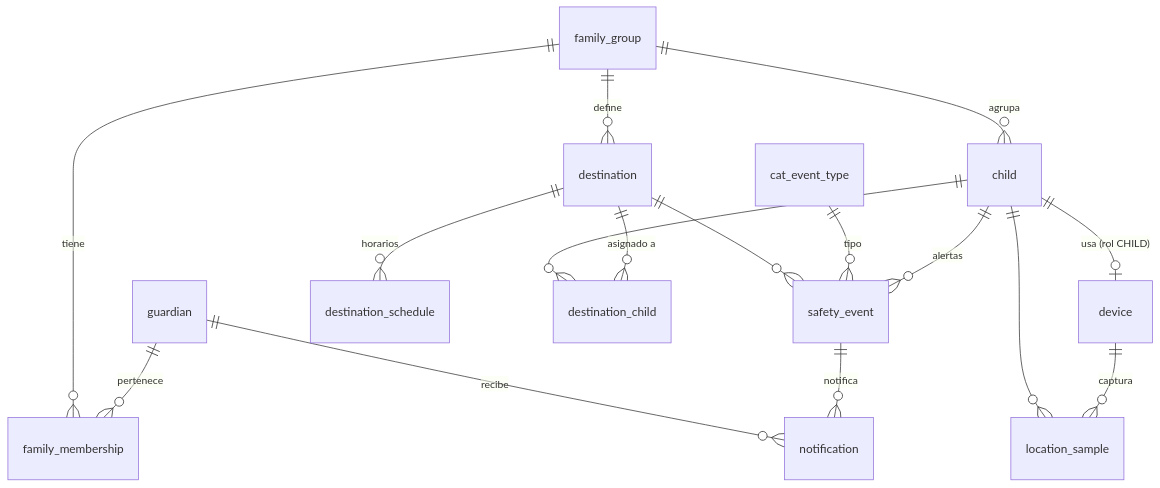
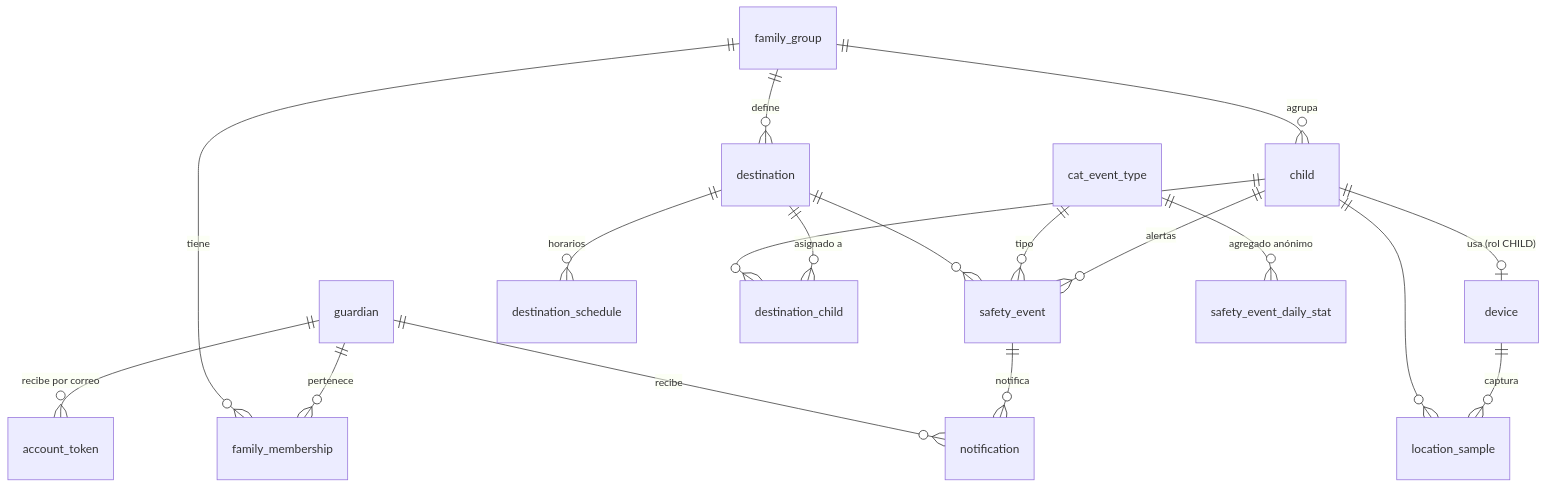
Before and after one commit to darvysoriano/saferoute-app: the fourth of 4 diagrams in docs/sdd/ETS-SafeRoute.md, drawn with Mermaid. The commit also changed other lines of this file and 5 other files, not shown here.

````diff
--- a/docs/sdd/ETS-SafeRoute.md
+++ b/docs/sdd/ETS-SafeRoute.md
@@ -3034,18 +3112,20 @@
 ```mermaid
 erDiagram
     guardian ||--o{ family_membership : "pertenece"
+    guardian ||--o{ account_token : "recibe por correo"
     family_group ||--o{ family_membership : "tiene"
     family_group ||--o{ child : "agrupa"
     family_group ||--o{ destination : "define"
     child ||--o| device : "usa (rol CHILD)"
     destination ||--o{ destination_schedule : "horarios"
     destination ||--o{ destination_child : "asignado a"
     child ||--o{ destination_child : ""
     device ||--o{ location_sample : "captura"
     child ||--o{ location_sample : ""
     child ||--o{ safety_event : "alertas"
     cat_event_type ||--o{ safety_event : "tipo"
+    cat_event_type ||--o{ safety_event_daily_stat : "agregado anónimo"
     destination ||--o{ safety_event : ""
     safety_event ||--o{ notification : "notifica"
     guardian ||--o{ notification : "recibe"
 ```
````
